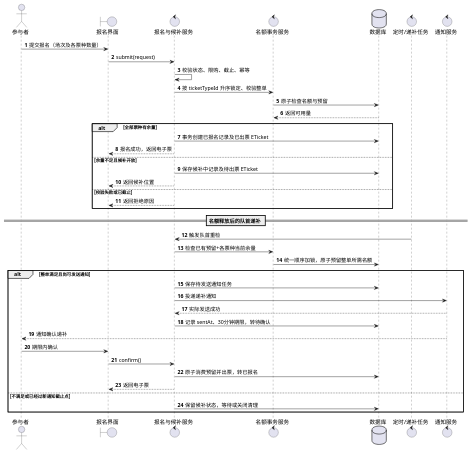
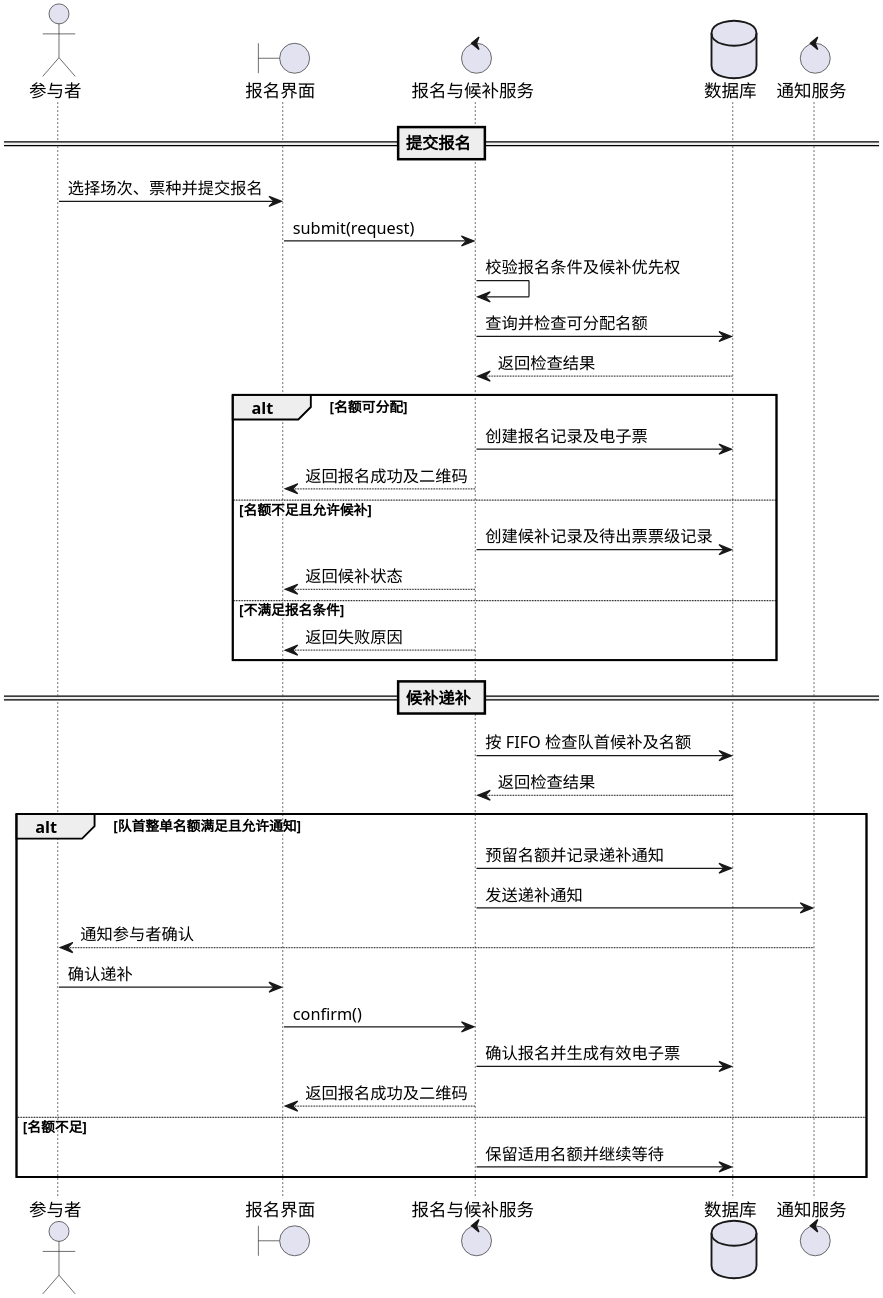
The diagram in UML/UML时序图_报名与候补.puml (12245a/software-engineering-labs), drawn with PlantUML before and after one commit. The commit also changed 15 other files, not shown here.

Commit message:
实验二：人工修改 UML 图并导出 PNG

```diff
--- a/UML/UML时序图_报名与候补.puml
+++ b/UML/UML时序图_报名与候补.puml
@@ -1,47 +1,46 @@
 @startuml
-autonumber
-skinparam shadowing false
+skinparam dpi 300
 
 actor "参与者" as User
 boundary "报名界面" as UI
 control "报名与候补服务" as Reg
-control "名额事务服务" as Quota
 database "数据库" as DB
-control "定时/递补任务" as Task
 control "通知服务" as Notify
 
-User -> UI : 提交报名（场次及各票种数量）
+== 提交报名 ==
+
+User -> UI : 选择场次、票种并提交报名
 UI -> Reg : submit(request)
-Reg -> Reg : 校验状态、限购、截止、幂等
-Reg -> Quota : 按 ticketTypeId 升序锁定、校验整单
-Quota -> DB : 原子检查名额与预留
-DB --> Quota : 返回可用量
+Reg -> Reg : 校验报名条件及候补优先权
+Reg -> DB : 查询并检查可分配名额
+DB --> Reg : 返回检查结果
 
-alt 全部票种有余量
-  Reg -> DB : 事务创建已报名记录及已出票 ETicket
-  Reg --> UI : 报名成功，返回电子票
-else 余量不足且候补开放
-  Reg -> DB : 保存候补中记录及待出票 ETicket
-  Reg --> UI : 返回候补位置
-else 校验失败或已截止
-  Reg --> UI : 返回拒绝原因
+alt 名额可分配
+    Reg -> DB : 创建报名记录及电子票
+    Reg --> UI : 返回报名成功及二维码
+else 名额不足且允许候补
+    Reg -> DB : 创建候补记录及待出票票级记录
+    Reg --> UI : 返回候补状态
+else 不满足报名条件
+    Reg --> UI : 返回失败原因
 end
 
-== 名额释放后的队首递补 ==
-Task -> Reg : 触发队首重检
-Reg -> Quota : 检查已有预留+各票种当前余量
-Quota -> DB : 统一顺序加锁，原子预留整单所需名额
-alt 整单满足且尚可发送通知
-  Reg -> DB : 保存待发送通知任务
-  Reg -> Notify : 投递递补通知
-  Notify --> Reg : 实际发送成功
-  Reg -> DB : 记录 sentAt、30分钟期限，转待确认
-  Notify --> User : 通知确认递补
-  User -> UI : 期限内确认
-  UI -> Reg : confirm()
-  Reg -> DB : 原子消费预留并出票，转已报名
-  Reg --> UI : 返回电子票
-else 不满足或已经过新通知截止点
-  Reg -> DB : 保留候补状态，等待或关闭清理
+== 候补递补 ==
+
+Reg -> DB : 按 FIFO 检查队首候补及名额
+DB --> Reg : 返回检查结果
+
+alt 队首整单名额满足且允许通知
+    Reg -> DB : 预留名额并记录递补通知
+    Reg -> Notify : 发送递补通知
+    Notify --> User : 通知参与者确认
+
+    User -> UI : 确认递补
+    UI -> Reg : confirm()
+    Reg -> DB : 确认报名并生成有效电子票
+    Reg --> UI : 返回报名成功及二维码
+else 名额不足
+    Reg -> DB : 保留适用名额并继续等待
 end
+
 @enduml
```
